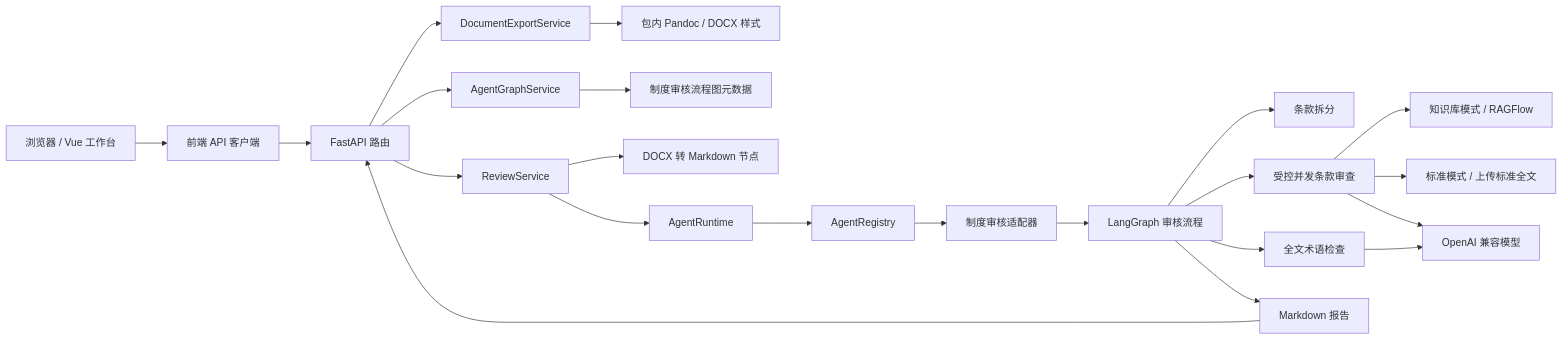
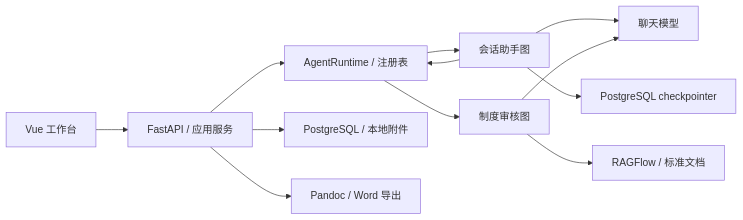
The diagram in README.md (LiuEhe/AgentPlatform), drawn with Mermaid before and after one commit. The commit also changed other lines of this file and 7 other files, not shown here.

````diff
--- a/README.md
+++ b/README.md
@@ -35,24 +29,14 @@
 ```mermaid
 flowchart LR
-    Browser[浏览器 / Vue 工作台] --> APIClient[前端 API 客户端]
-    APIClient --> API[FastAPI 路由]
-    API --> ReviewService[ReviewService]
-    API --> ExportService[DocumentExportService]
-    ExportService --> Pandoc[包内 Pandoc / DOCX 样式]
-    API --> AgentGraphService[AgentGraphService]
-    AgentGraphService --> GraphMetadata[制度审核流程图元数据]
-    ReviewService --> Docx[DOCX 转 Markdown 节点]
-    ReviewService --> Runtime[AgentRuntime]
-    Runtime --> Registry[AgentRegistry]
-    Registry --> Adapter[制度审核适配器]
-    Adapter --> Graph[LangGraph 审核流程]
-    Graph --> Split[条款拆分]
-    Graph --> ClauseReview[受控并发条款审查]
-    Graph --> Terminology[全文术语检查]
-    ClauseReview --> RAG[知识库模式 / RAGFlow]
-    ClauseReview --> Standard[标准模式 / 上传标准全文]
-    ClauseReview --> Model[OpenAI 兼容模型]
-    Terminology --> Model
-    Graph --> Report[Markdown 报告]
-    Report --> API
+    Browser[Vue 工作台] --> API[FastAPI / 应用服务]
+    API --> Runtime[AgentRuntime / 注册表]
+    Runtime --> Chat[会话助手图]
+    Runtime --> Review[制度审核图]
+    Chat --> Model[聊天模型]
+    Chat --> Runtime
+    Review --> Model
+    Review --> RAG[RAGFlow / 标准文档]
+    API --> Storage[PostgreSQL / 本地附件]
+    Chat --> Memory[PostgreSQL checkpointer]
+    API --> Export[Pandoc / Word 导出]
 ```
````
